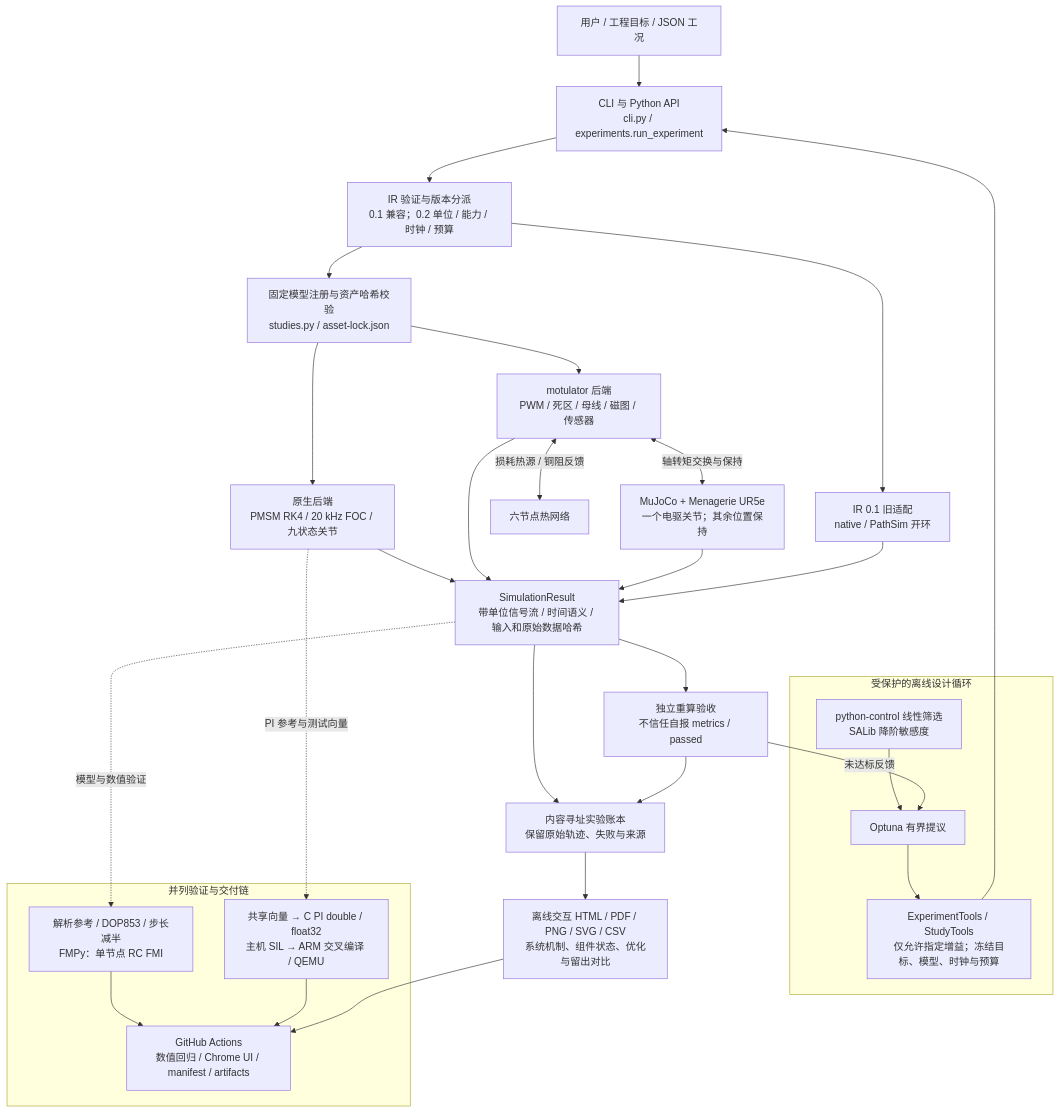
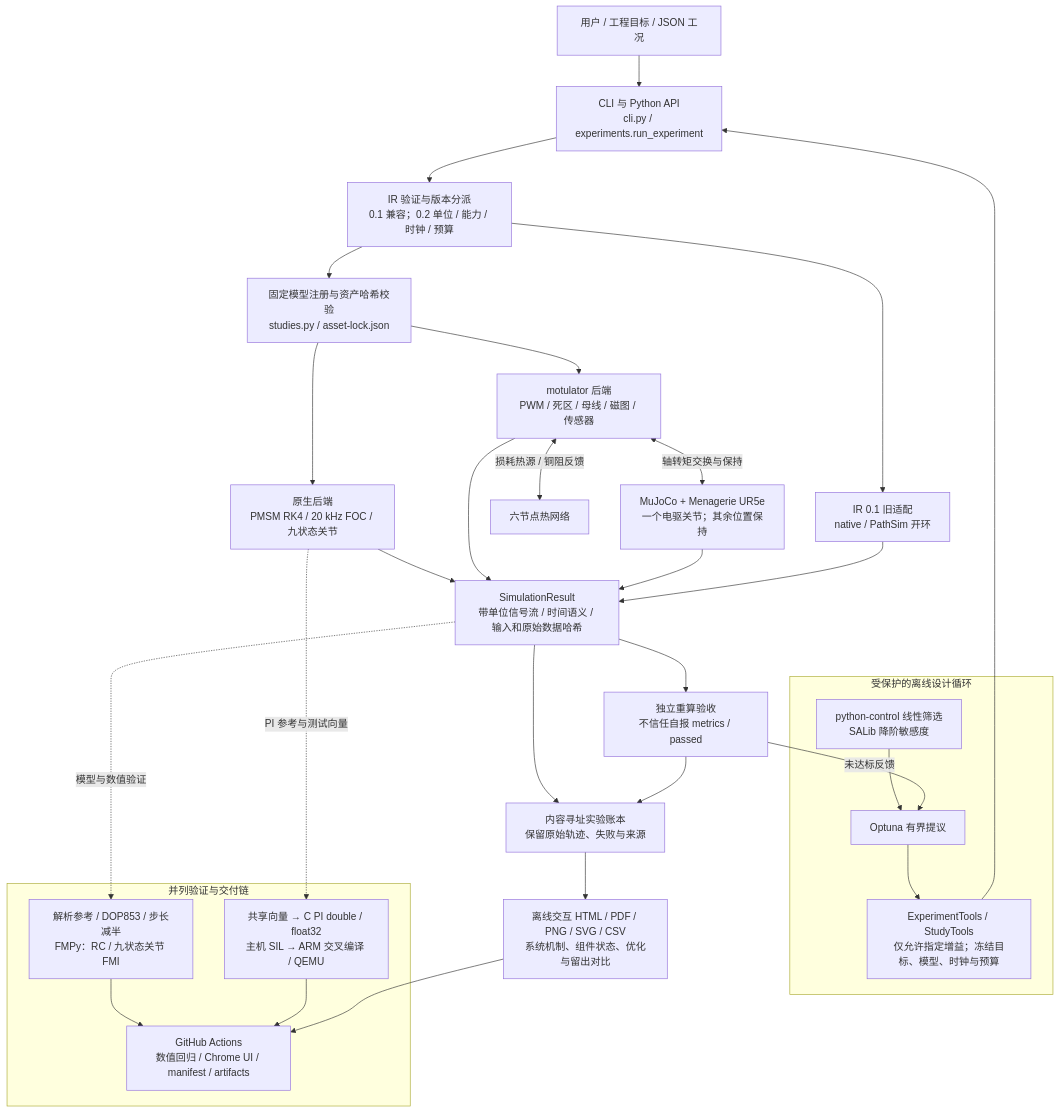
Before and after one commit to lse872317312010/open-engineering-agent-lab: the diagram in docs/architecture-overview.mmd, drawn with Mermaid. The commit also changed 5 other files, not shown here.

```diff
--- a/docs/architecture-overview.mmd
+++ b/docs/architecture-overview.mmd
@@ -1,33 +1,33 @@
 flowchart TB
   USER["用户 / 工程目标 / JSON 工况"] --> ENTRY["CLI 与 Python API<br/>cli.py / experiments.run_experiment"]
   subgraph DESIGN["受保护的离线设计循环"]
     ANALYSIS["python-control 线性筛选<br/>SALib 降阶敏感度"] --> OPT["Optuna 有界提议"]
     OPT --> TOOLS["ExperimentTools / StudyTools<br/>仅允许指定增益；冻结目标、模型、时钟与预算"]
   end
   TOOLS --> ENTRY
   ENTRY --> IR["IR 验证与版本分派<br/>0.1 兼容；0.2 单位 / 能力 / 时钟 / 预算"]
   IR --> REG["固定模型注册与资产哈希校验<br/>studies.py / asset-lock.json"]
   REG --> NATIVE["原生后端<br/>PMSM RK4 / 20 kHz FOC / 九状态关节"]
   REG --> MOTOR["motulator 后端<br/>PWM / 死区 / 母线 / 磁图 / 传感器"]
   MOTOR <-->|"轴转矩交换与保持"| ROBOT["MuJoCo + Menagerie UR5e<br/>一个电驱关节；其余位置保持"]
   MOTOR <-->|"损耗热源 / 铜阻反馈"| THERMAL["六节点热网络"]
   IR --> LEGACY["IR 0.1 旧适配<br/>native / PathSim 开环"]
   NATIVE --> STREAM["SimulationResult<br/>带单位信号流 / 时间语义 / 输入和原始数据哈希"]
   MOTOR --> STREAM
   ROBOT --> STREAM
   LEGACY --> STREAM
   STREAM --> VERIFY["独立重算验收<br/>不信任自报 metrics / passed"]
   VERIFY -->|未达标反馈| OPT
   STREAM --> LEDGER["内容寻址实验账本<br/>保留原始轨迹、失败与来源"]
   VERIFY --> LEDGER
   LEDGER --> REPORT["离线交互 HTML / PDF / PNG / SVG / CSV<br/>系统机制、组件状态、优化与留出对比"]
   subgraph VALIDATION["并列验证与交付链"]
-    REF["解析参考 / DOP853 / 步长减半<br/>FMPy：单节点 RC FMI"]
+    REF["解析参考 / DOP853 / 步长减半<br/>FMPy：RC / 九状态关节 FMI"]
     SIL["共享向量 → C PI double / float32<br/>主机 SIL → ARM 交叉编译 / QEMU"]
     CI["GitHub Actions<br/>数值回归 / Chrome UI / manifest / artifacts"]
     REF --> CI
     SIL --> CI
   end
   STREAM -.模型与数值验证.-> REF
   NATIVE -.PI 参考与测试向量.-> SIL
   REPORT --> CI
```
